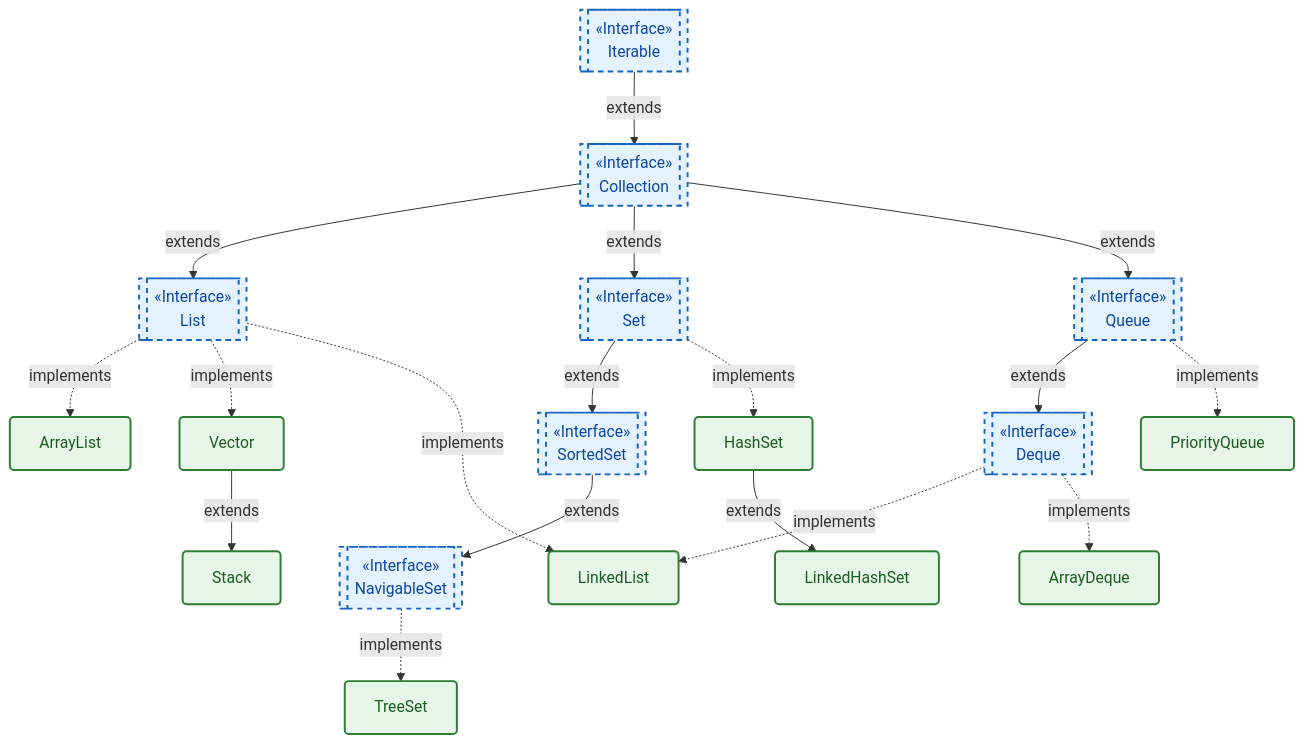
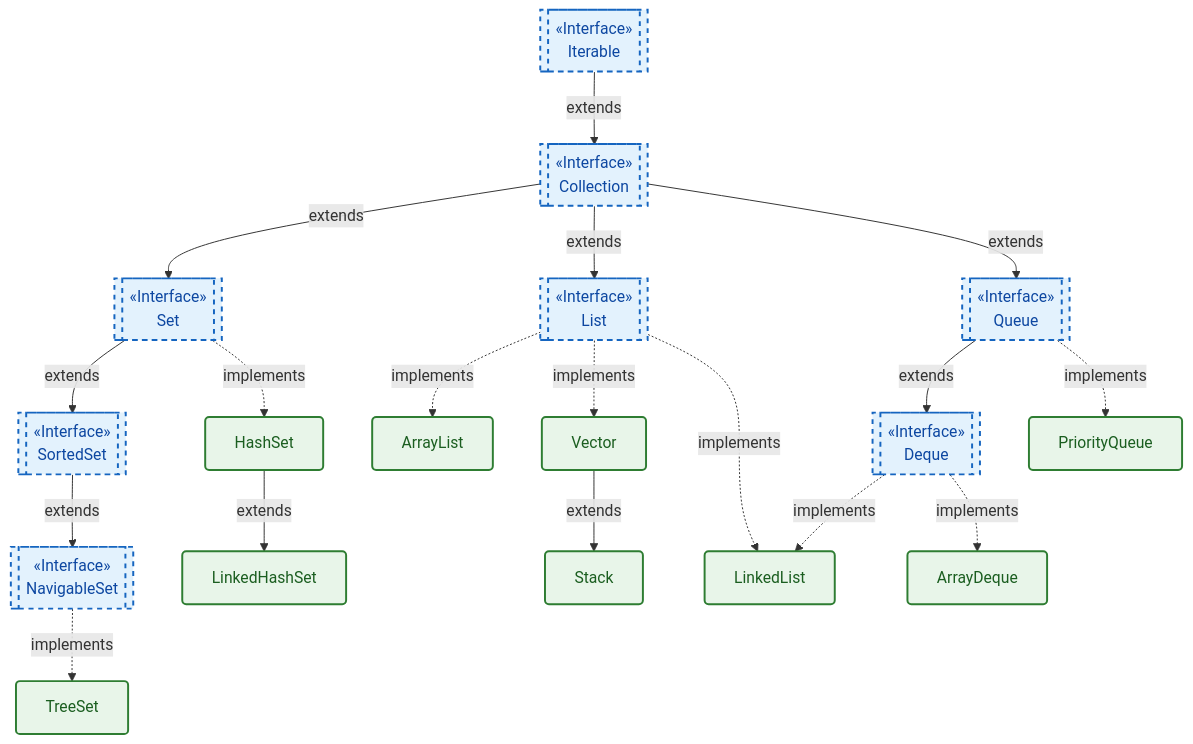
One commit to obiticadev/DAM-2025-26 changed the diagram in Programación/Tema 8/Personal/Collection/esquema/Collections.md. Above: the diagram before and after it, drawn with Mermaid. The commit also changed other lines of this file and 2 other files, not shown here.

````diff
--- a/Programación/Tema 8/Personal/Collection/esquema/Collections.md
+++ b/Programación/Tema 8/Personal/Collection/esquema/Collections.md
@@ -1,56 +1,56 @@
 ```mermaid
 flowchart TD
     %% Definición de estilos profesionales (Colores armonizados)
     classDef interface fill:#e3f2fd,stroke:#1565c0,stroke-width:2px,color:#0d47a1,stroke-dasharray: 5 5,rx:8,ry:8
     classDef classNode fill:#e8f5e9,stroke:#2e7d32,stroke-width:2px,color:#1b5e20,rx:4,ry:4
 
     %% Nodos Principales (Interfaces)
     Iterable[["«Interface»<br/>Iterable"]]:::interface
     Collection[["«Interface»<br/>Collection"]]:::interface
     
     %% Nodos Secundarios (Interfaces)
+    Set[["«Interface»<br/>Set"]]:::interface
     List[["«Interface»<br/>List"]]:::interface
-    Set[["«Interface»<br/>Set"]]:::interface
     Queue[["«Interface»<br/>Queue"]]:::interface
     Deque[["«Interface»<br/>Deque"]]:::interface
     SortedSet[["«Interface»<br/>SortedSet"]]:::interface
     NavigableSet[["«Interface»<br/>NavigableSet"]]:::interface
 
     %% Nodos (Clases)
+    HashSet["HashSet"]:::classNode
+    LinkedHashSet["LinkedHashSet"]:::classNode
+    TreeSet["TreeSet"]:::classNode
     ArrayList["ArrayList"]:::classNode
     LinkedList["LinkedList"]:::classNode
     Vector["Vector"]:::classNode
     Stack["Stack"]:::classNode
     PriorityQueue["PriorityQueue"]:::classNode
     ArrayDeque["ArrayDeque"]:::classNode
-    HashSet["HashSet"]:::classNode
-    LinkedHashSet["LinkedHashSet"]:::classNode
-    TreeSet["TreeSet"]:::classNode
 
     %% Relaciones de Herencia (Interfaces)
     Iterable -->|extends| Collection
 
+    Collection -->|extends| Set
     Collection -->|extends| List
-    Collection -->|extends| Set
     Collection -->|extends| Queue
 
     Set -->|extends| SortedSet
     SortedSet -->|extends| NavigableSet
     Queue -->|extends| Deque
 
     %% Relaciones de Implementación y Herencia (Clases)
+    Set -.->|implements| HashSet
+    HashSet -->|extends| LinkedHashSet
+    NavigableSet -.->|implements| TreeSet
+
     List -.->|implements| ArrayList
     List -.->|implements| Vector
     Vector -->|extends| Stack
     
     %% LinkedList es especial, implementa List y Deque
     List -.->|implements| LinkedList
     Deque -.->|implements| LinkedList
 
-    Set -.->|implements| HashSet
-    HashSet -->|extends| LinkedHashSet
-    NavigableSet -.->|implements| TreeSet
-
     Queue -.->|implements| PriorityQueue
     Deque -.->|implements| ArrayDeque
 ```
````
